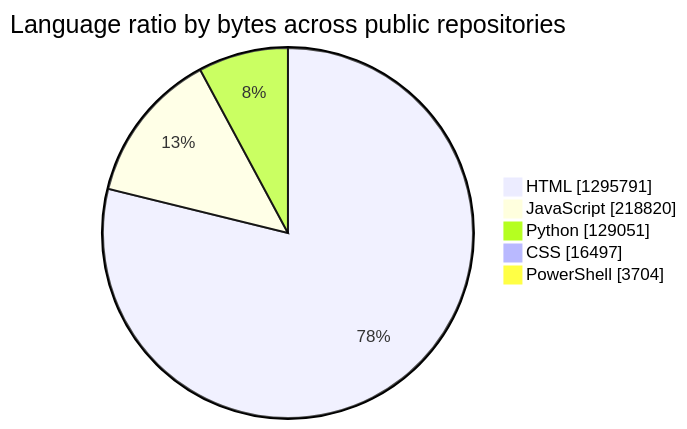
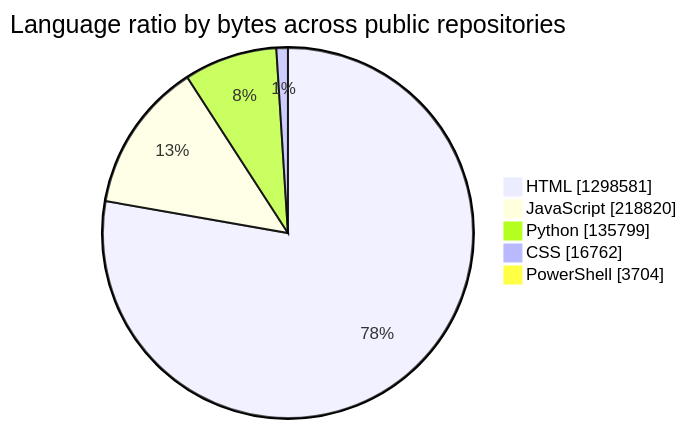
Before and after one commit to tchinso/tchinso: the first of 2 diagrams in README.md, drawn with Mermaid. The commit also changed other lines of this file, not shown here.

````diff
--- a/README.md
+++ b/README.md
@@ -21,9 +21,9 @@
 ```mermaid
 pie showData
     title Language ratio by bytes across public repositories
-    "HTML" : 1295791
+    "HTML" : 1298581
     "JavaScript" : 218820
-    "Python" : 129051
-    "CSS" : 16497
+    "Python" : 135799
+    "CSS" : 16762
     "PowerShell" : 3704
 ```
````
